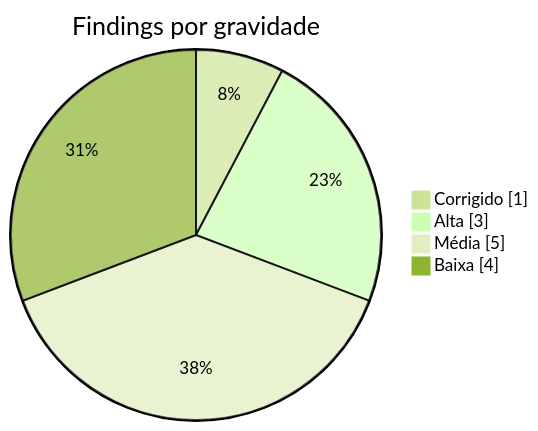
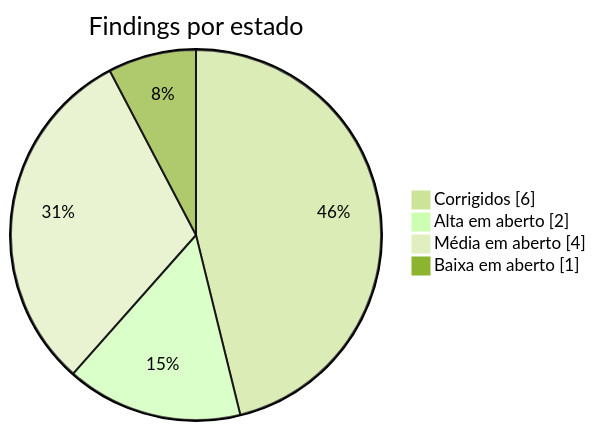
Before and after one commit to joaocarvalhini/Outlook-Reply-Assistant: the first of 2 diagrams in docs/06-engineering/technical-debt.md, drawn with Mermaid (forest theme). The commit also changed other lines of this file and 15 other files, not shown here.

````diff
--- a/docs/06-engineering/technical-debt.md
+++ b/docs/06-engineering/technical-debt.md
@@ -20,8 +20,8 @@
 ```mermaid
 pie showData
-    title Findings por gravidade
-    "Corrigido" : 1
-    "Alta" : 3
-    "Média" : 5
-    "Baixa" : 4
+    title Findings por estado
+    "Corrigidos" : 6
+    "Alta em aberto" : 2
+    "Média em aberto" : 4
+    "Baixa em aberto" : 1
 ```
````
